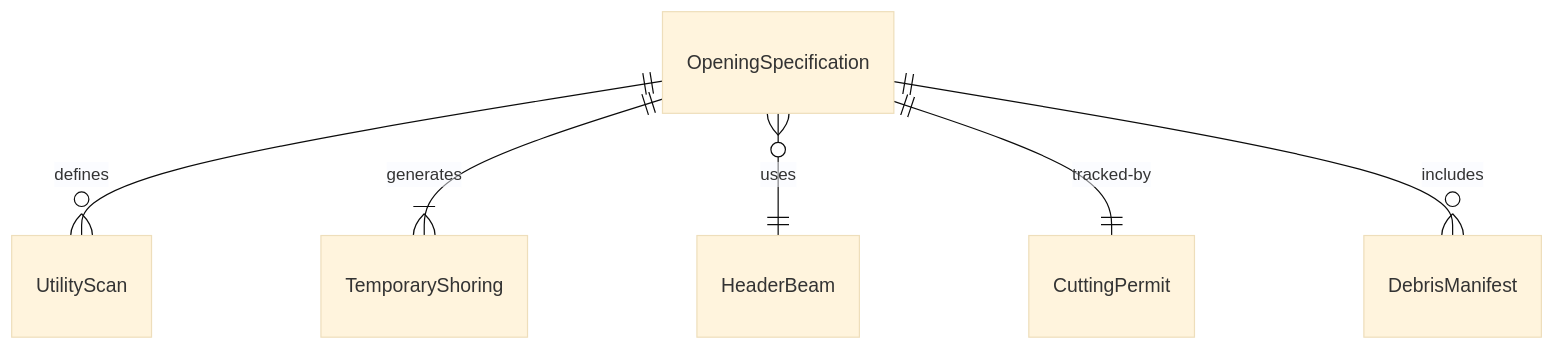
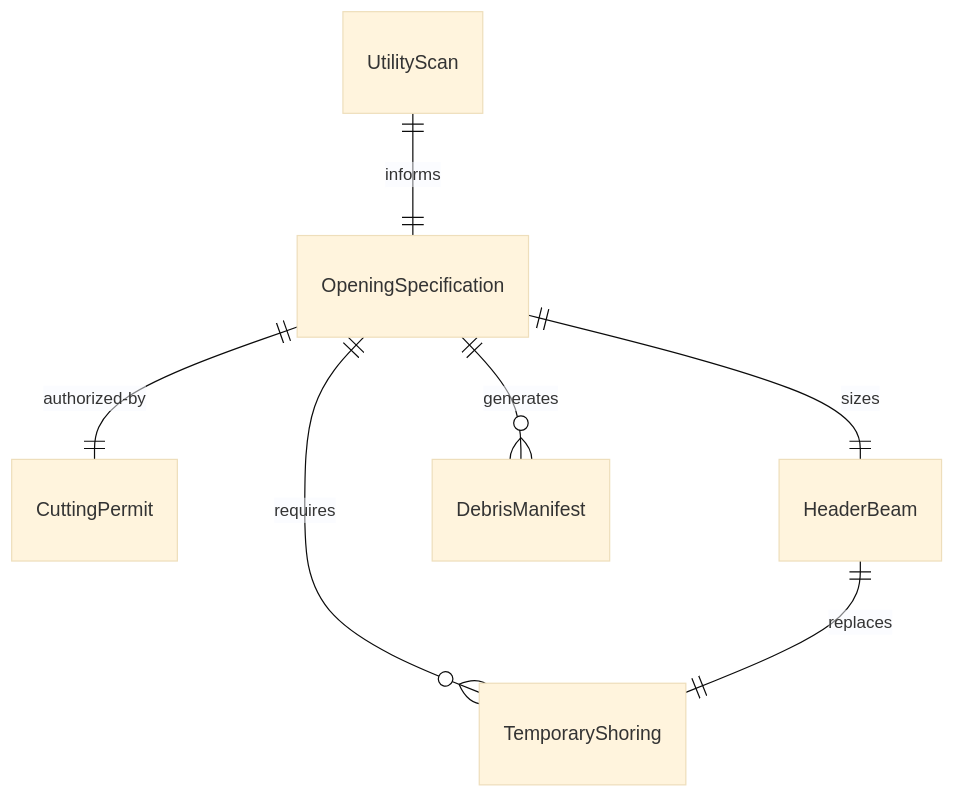
The first of 4 diagrams in HandlingAndMovingObjects/CutMaterials/CutOpeningsExistingStructures.mdx (dot-org-ai/tasks.org.ai), drawn with Mermaid (base theme) before and after one commit. The commit also changed other lines of this file and 515 other files, not shown here.

````diff
--- a/HandlingAndMovingObjects/CutMaterials/CutOpeningsExistingStructures.mdx
+++ b/HandlingAndMovingObjects/CutMaterials/CutOpeningsExistingStructures.mdx
@@ -87,8 +87,9 @@
 ```mermaid
 erDiagram
-    OpeningSpecification ||--o{ UtilityScan : "defines"
-    OpeningSpecification ||--|{ TemporaryShoring : "generates"
-    OpeningSpecification }o--|| HeaderBeam : "uses"
-    OpeningSpecification ||--|| CuttingPermit : "tracked-by"
-    OpeningSpecification ||--o{ DebrisManifest : "includes"
+    OpeningSpecification ||--|| CuttingPermit : "authorized-by"
+    UtilityScan ||--|| OpeningSpecification : "informs"
+    OpeningSpecification ||--o{ TemporaryShoring : "requires"
+    OpeningSpecification ||--|| HeaderBeam : "sizes"
+    HeaderBeam ||--|| TemporaryShoring : "replaces"
+    OpeningSpecification ||--o{ DebrisManifest : "generates"
 ```
````
